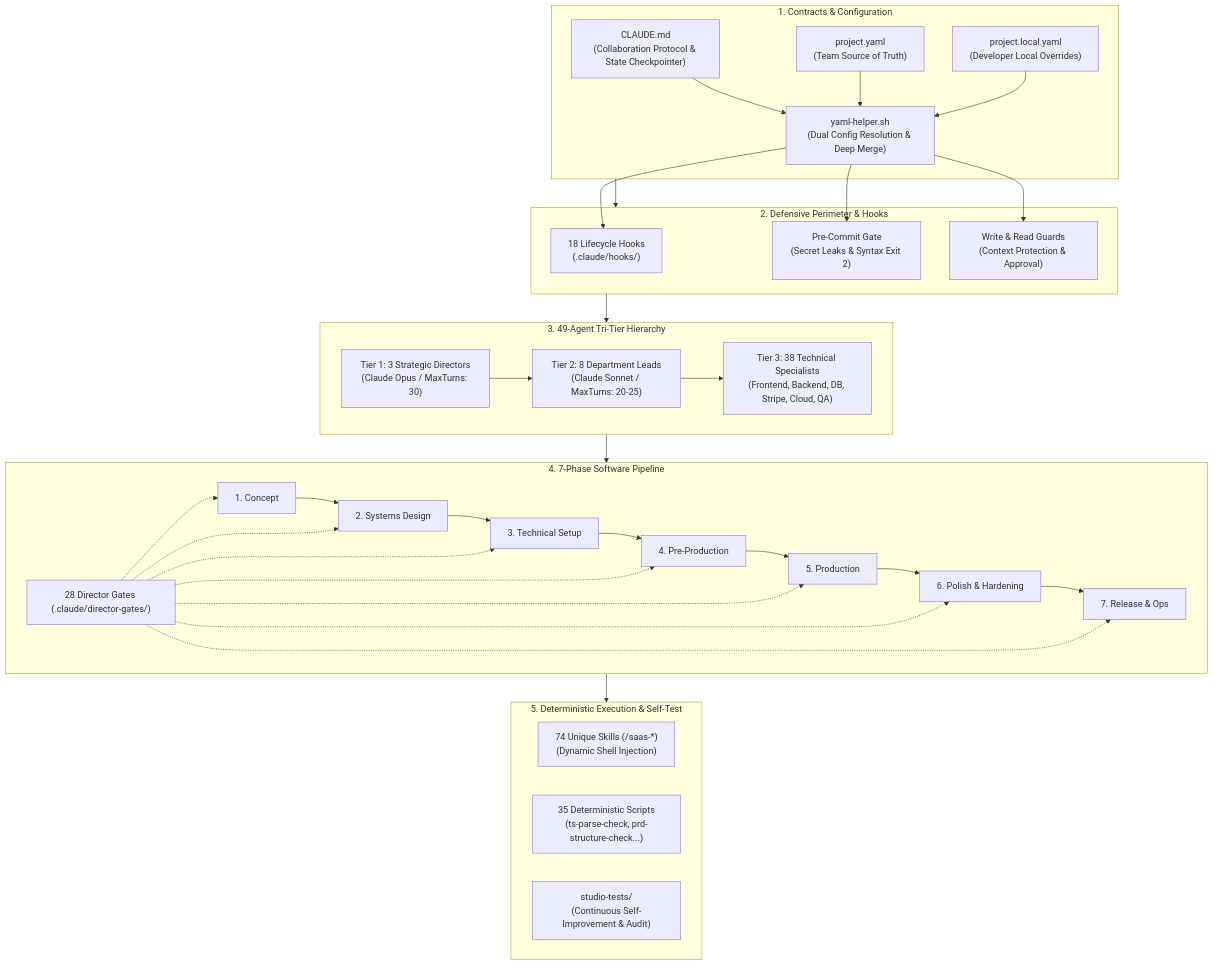
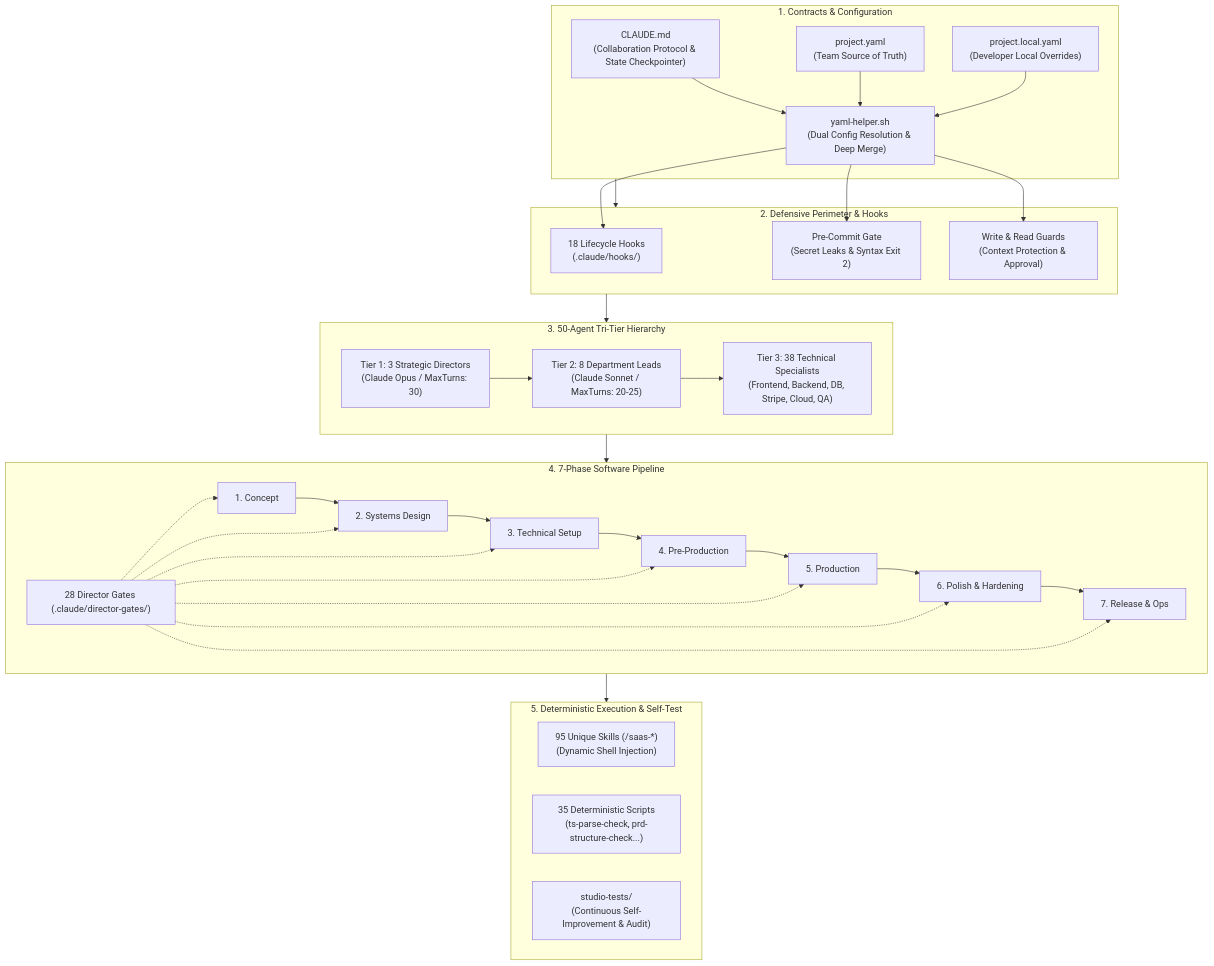
One commit to Basinfy/Basinfy-SaaS-Studio changed the first of 2 diagrams in README.en.md. Above: the diagram before and after it, drawn with Mermaid. The commit also changed other lines of this file and 1 other file, not shown here.

First line of the commit message:
docs: update README in PT and EN with 50-agent roster and 95 workflow skills

````diff
--- a/README.en.md
+++ b/README.en.md
@@ -131,52 +131,52 @@
 ```mermaid
 flowchart TD
     subgraph ConfigLayer["1. Contracts & Configuration"]
         CM["CLAUDE.md<br/>(Collaboration Protocol & State Checkpointer)"]
         PY["project.yaml<br/>(Team Source of Truth)"]
         PLY["project.local.yaml<br/>(Developer Local Overrides)"]
         YH["yaml-helper.sh<br/>(Dual Config Resolution & Deep Merge)"]
         CM --> YH
         PY --> YH
         PLY --> YH
     end
 
     subgraph SecurityLayer["2. Defensive Perimeter & Hooks"]
         YH --> HK["18 Lifecycle Hooks<br/>(.claude/hooks/)"]
         YH --> DG["Pre-Commit Gate<br/>(Secret Leaks & Syntax Exit 2)"]
         YH --> WG["Write & Read Guards<br/>(Context Protection & Approval)"]
     end
 
-    subgraph AgentLayer["3. 49-Agent Tri-Tier Hierarchy"]
+    subgraph AgentLayer["3. 50-Agent Tri-Tier Hierarchy"]
         T1["Tier 1: 3 Strategic Directors<br/>(Claude Opus / MaxTurns: 30)"]
         T2["Tier 2: 8 Department Leads<br/>(Claude Sonnet / MaxTurns: 20-25)"]
         T3["Tier 3: 38 Technical Specialists<br/>(Frontend, Backend, DB, Stripe, Cloud, QA)"]
         T1 --> T2 --> T3
     end
 
     subgraph PipelineLayer["4. 7-Phase Software Pipeline"]
         P1["1. Concept"] --> P2["2. Systems Design"]
         P2 --> P3["3. Technical Setup"]
         P3 --> P4["4. Pre-Production"]
         P4 --> P5["5. Production"]
         P5 --> P6["6. Polish & Hardening"]
         P6 --> P7["7. Release & Ops"]
         GATES["28 Director Gates (.claude/director-gates/)"] -.-> P1
         GATES -.-> P2
         GATES -.-> P3
         GATES -.-> P4
         GATES -.-> P5
         GATES -.-> P6
         GATES -.-> P7
     end
 
     subgraph ExecutionLayer["5. Deterministic Execution & Self-Test"]
-        SK["74 Unique Skills (/saas-*)<br/>(Dynamic Shell Injection)"]
+        SK["95 Unique Skills (/saas-*)<br/>(Dynamic Shell Injection)"]
         SC["35 Deterministic Scripts<br/>(ts-parse-check, prd-structure-check...)"]
         TESTS["studio-tests/<br/>(Continuous Self-Improvement & Audit)"]
     end
 
     ConfigLayer --> SecurityLayer
     SecurityLayer --> AgentLayer
     AgentLayer --> PipelineLayer
     PipelineLayer --> ExecutionLayer
 ```
````
